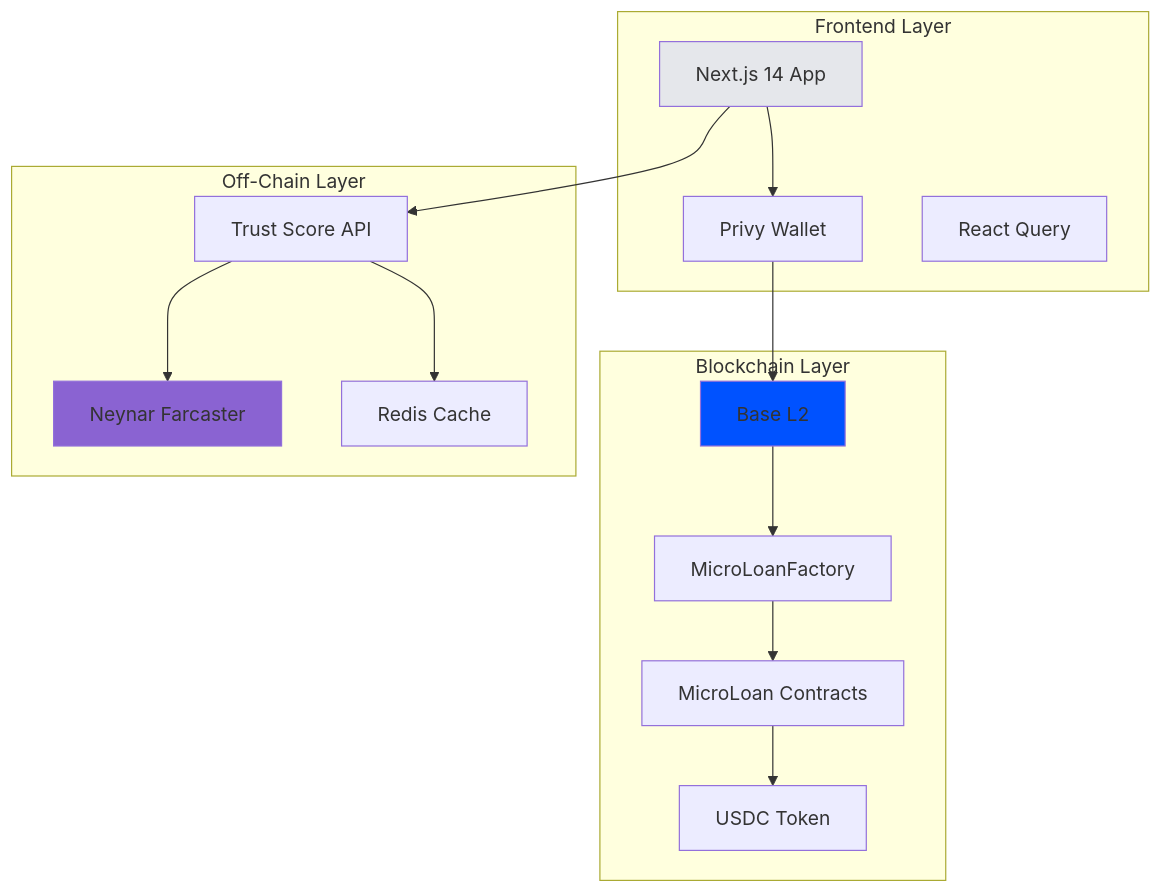
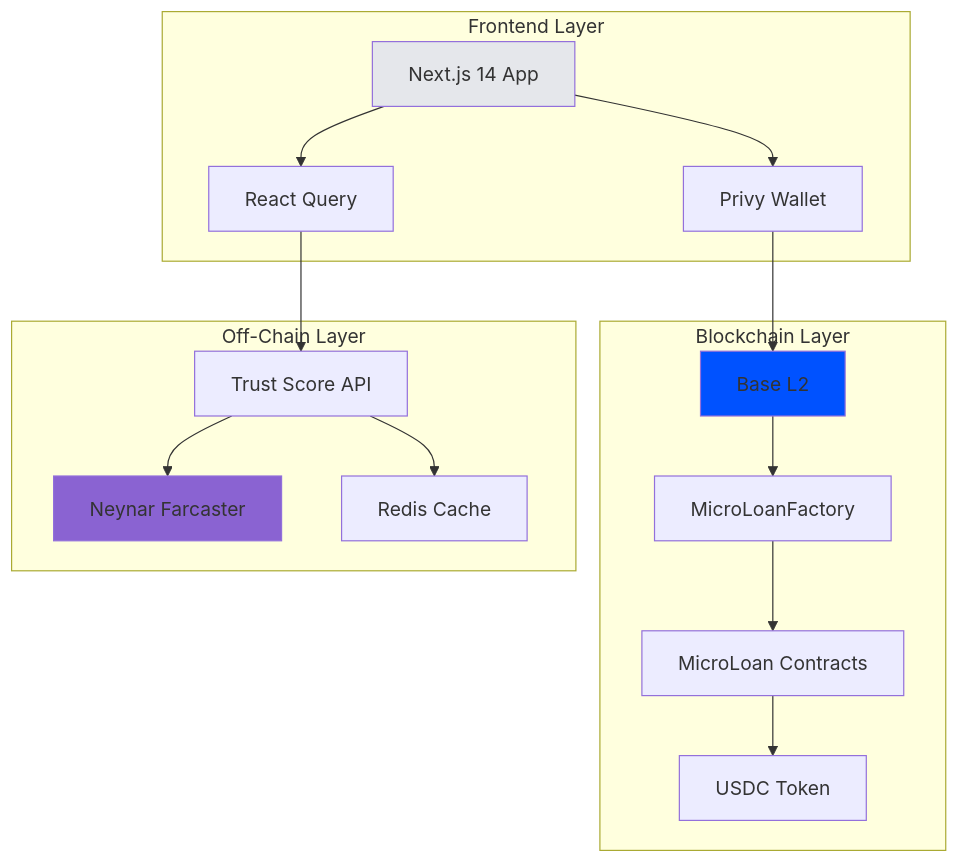
One commit to aagoldberg/far-mca changed the first of 4 diagrams in docs/how-it-works/technical-stack.md. Above: the diagram before and after it, drawn with Mermaid.

Commit message:
Enhance technical documentation with Mermaid diagrams and improved clarity
- Add 7 Mermaid diagrams across technical stack and implementation docs
- Connect React Query to show proper data flow in architecture diagram
- Fix Next.js box color for readability (black → light gray)
- Add real TypeScript code examples for trust score calculation
- Improve visual hierarchy and scanability throughout

🤖 Generated with [Claude Code](https://claude.com/claude-code)

````diff
--- a/docs/how-it-works/technical-stack.md
+++ b/docs/how-it-works/technical-stack.md
@@ -7,34 +7,35 @@
 ```mermaid
 graph TB
     subgraph "Frontend Layer"
         A[Next.js 14 App]
         B[Privy Wallet]
         C[React Query]
     end
 
     subgraph "Blockchain Layer"
         D[Base L2]
         E[MicroLoanFactory]
         F[MicroLoan Contracts]
         G[USDC Token]
     end
 
     subgraph "Off-Chain Layer"
         H[Trust Score API]
         I[Neynar Farcaster]
         J[Redis Cache]
     end
 
     A --> B
+    A --> C
     B --> D
-    A --> H
+    C --> H
     H --> I
     H --> J
     E --> F
     F --> G
     D --> E
 
     style D fill:#0052FF
     style I fill:#8A63D2
     style A fill:#E5E7EB
 ```
````
